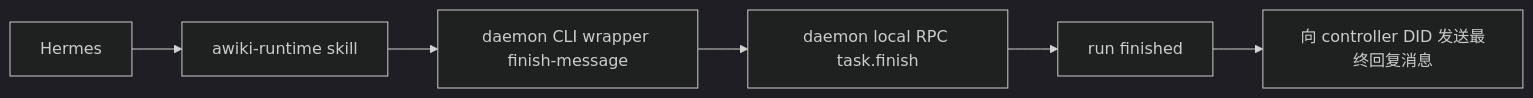
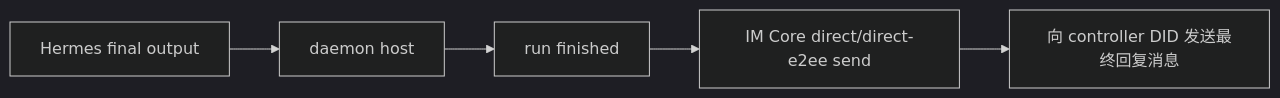
The seventh of 7 diagrams in crates/awiki-deamon/docs/hermes-plugin/hermes_runtime_plugin_design.md (AgentConnect/awiki-cli-rs2), drawn with Mermaid (dark theme) before and after one commit. The commit also changed other lines of this file and 98 other files, not shown here.

````diff
--- a/crates/awiki-deamon/docs/hermes-plugin/hermes_runtime_plugin_design.md
+++ b/crates/awiki-deamon/docs/hermes-plugin/hermes_runtime_plugin_design.md
@@ -1149,8 +1134,7 @@
 ```mermaid
 flowchart LR
-    A["Hermes"] --> B["awiki-runtime skill"]
-    B --> C["daemon CLI wrapper finish-message"]
-    C --> D["daemon local RPC task.finish"]
-    D --> E["run finished"]
-    E --> F["向 controller DID 发送最终回复消息"]
+    A["Hermes final output"] --> B["daemon host"]
+    B --> C["run finished"]
+    C --> D["IM Core direct/direct-e2ee send"]
+    D --> E["向 controller DID 发送最终回复消息"]
 ```
````
